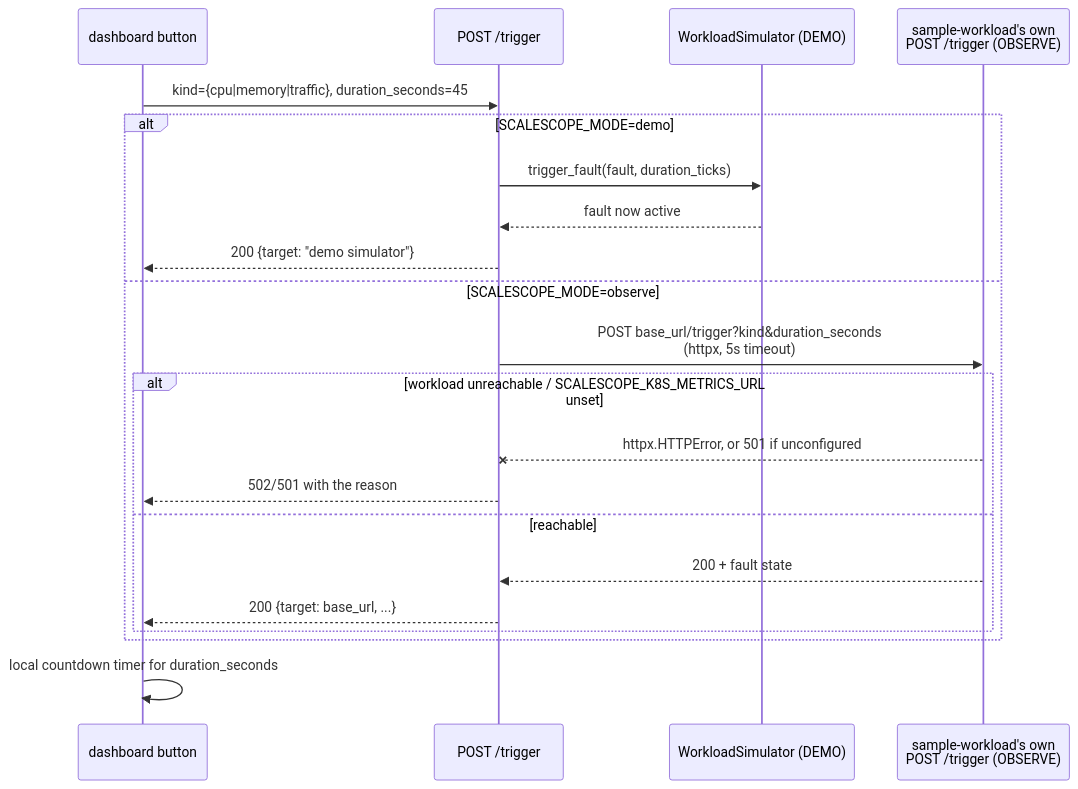
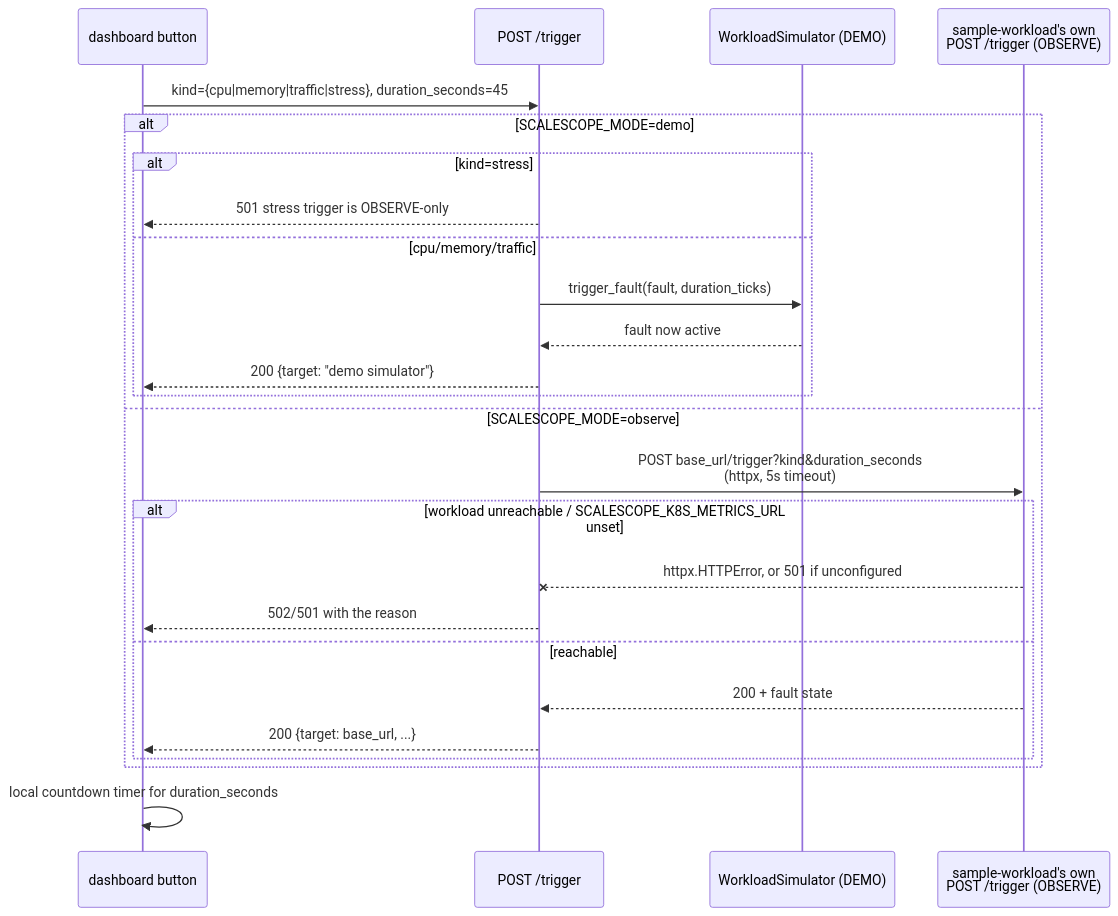
One commit to jsawyerdev/scalescope changed the sixth of 6 diagrams in README.md. Above: the diagram before and after it, drawn with Mermaid. The commit also changed other lines of this file and 7 other files, not shown here.

First line of the commit message:
Add observe-mode CPU stress trigger

````diff
--- a/README.md
+++ b/README.md
@@ -403,24 +403,28 @@
 ```mermaid
 sequenceDiagram
     participant UI as dashboard button
     participant API as POST /trigger
     participant Sim as WorkloadSimulator (DEMO)
     participant WL as sample-workload's own<br/>POST /trigger (OBSERVE)
 
-    UI->>API: kind={cpu|memory|traffic}, duration_seconds=45
+    UI->>API: kind={cpu|memory|traffic|stress}, duration_seconds=45
     alt SCALESCOPE_MODE=demo
+        alt kind=stress
+            API-->>UI: 501 stress trigger is OBSERVE-only
+        else cpu/memory/traffic
         API->>Sim: trigger_fault(fault, duration_ticks)
         Sim-->>API: fault now active
         API-->>UI: 200 {target: "demo simulator"}
+        end
     else SCALESCOPE_MODE=observe
         API->>WL: POST base_url/trigger?kind&duration_seconds<br/>(httpx, 5s timeout)
         alt workload unreachable / SCALESCOPE_K8S_METRICS_URL unset
             WL--xAPI: httpx.HTTPError, or 501 if unconfigured
             API-->>UI: 502/501 with the reason
         else reachable
             WL-->>API: 200 + fault state
             API-->>UI: 200 {target: base_url, ...}
         end
     end
     UI->>UI: local countdown timer for duration_seconds
 ```
````
